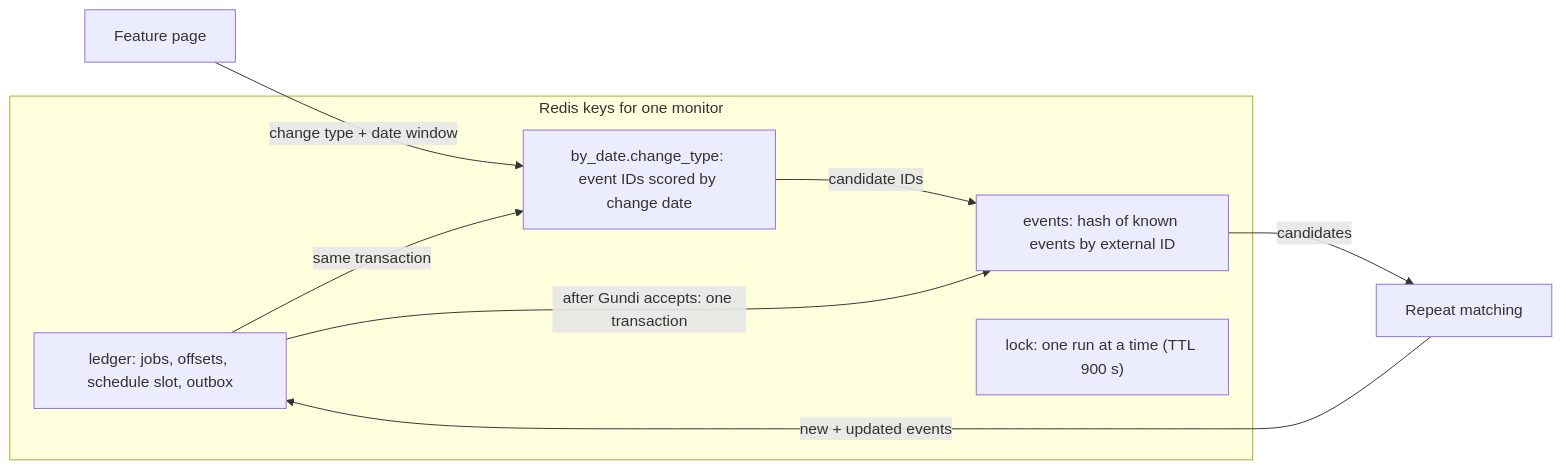
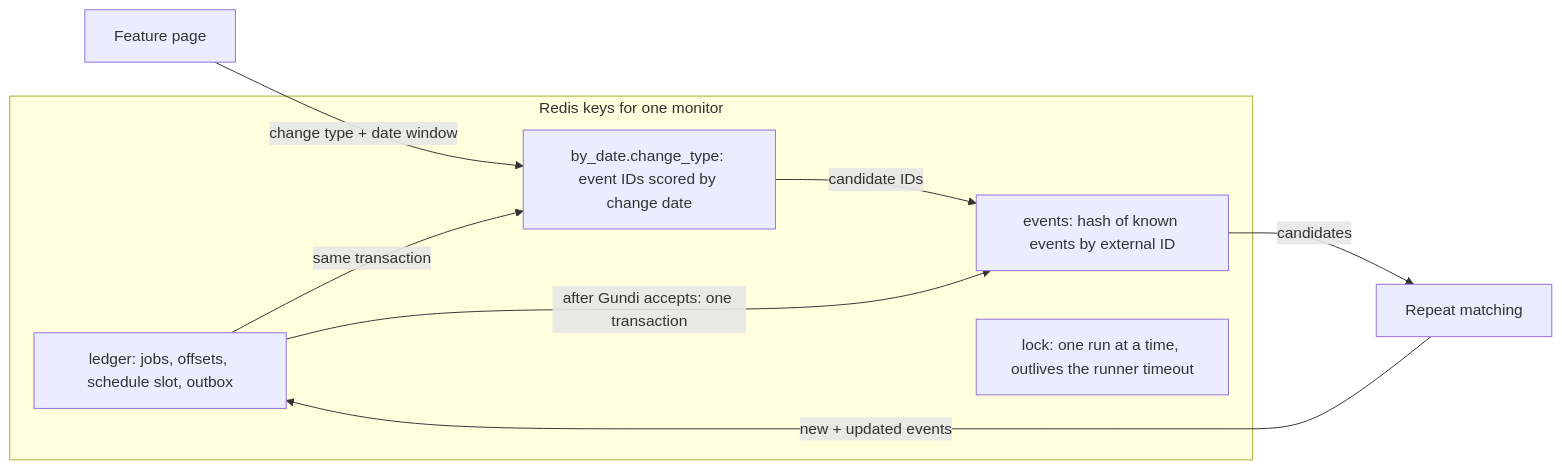
One commit to PADAS/gundi-integration-olmoearth changed the second of 3 diagrams in docs/gundi-earthranger-workflow.md. Above: the diagram before and after it, drawn with Mermaid. The commit also changed other lines of this file and 9 other files, not shown here.

````diff
--- a/docs/gundi-earthranger-workflow.md
+++ b/docs/gundi-earthranger-workflow.md
@@ -66,15 +66,15 @@
 ```mermaid
 flowchart LR
     subgraph Redis["Redis keys for one monitor"]
         Ledger["ledger: jobs, offsets, schedule slot, outbox"]
         Events["events: hash of known events by external ID"]
         Index["by_date.change_type: event IDs scored by change date"]
-        Lock["lock: one run at a time (TTL 900 s)"]
+        Lock["lock: one run at a time, outlives the runner timeout"]
     end
     Page[Feature page] -->|change type + date window| Index
     Index -->|candidate IDs| Events
     Events -->|candidates| Match[Repeat matching]
     Match -->|new + updated events| Ledger
     Ledger -->|after Gundi accepts: one transaction| Events
     Ledger -->|same transaction| Index
 ```
````
